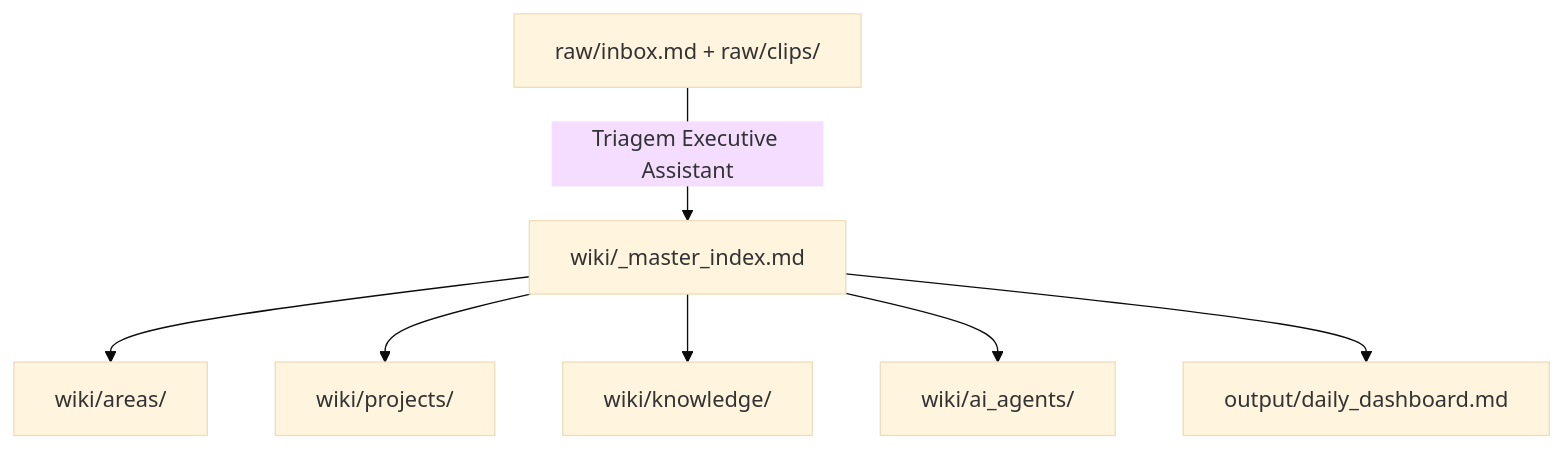
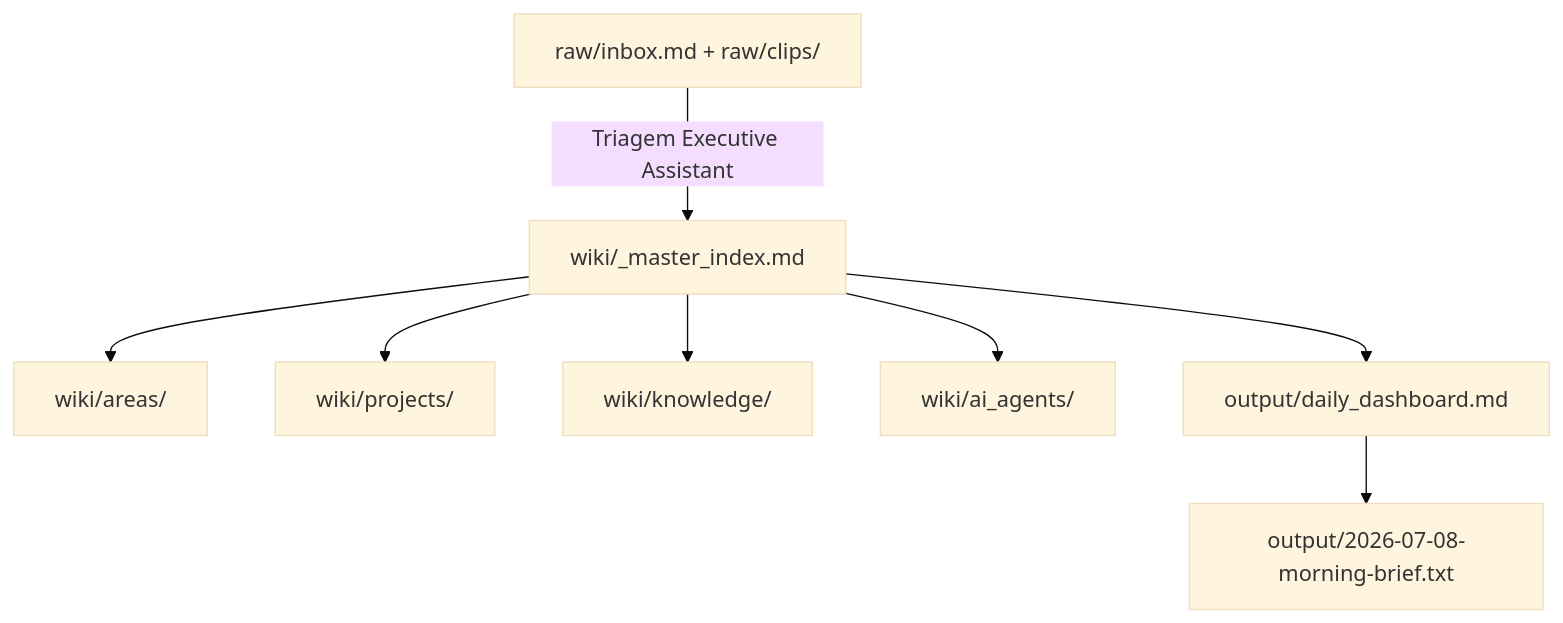
One commit to talesoftalles1-dev/tales-of-talles changed the diagram in wiki/_master_index.md. Above: the diagram before and after it, drawn with Mermaid (base theme). The commit also changed other lines of this file, not shown here.

````diff
--- a/wiki/_master_index.md
+++ b/wiki/_master_index.md
@@ -89,9 +87,10 @@
 ```mermaid
 graph TD
     A["raw/inbox.md + raw/clips/"] -->|"Triagem Executive Assistant"| B["wiki/_master_index.md"]
     B --> C["wiki/areas/"]
     B --> D["wiki/projects/"]
     B --> E["wiki/knowledge/"]
     B --> F["wiki/ai_agents/"]
     B --> G["output/daily_dashboard.md"]
+    G --> H["output/2026-07-08-morning-brief.txt"]
 ```
````
